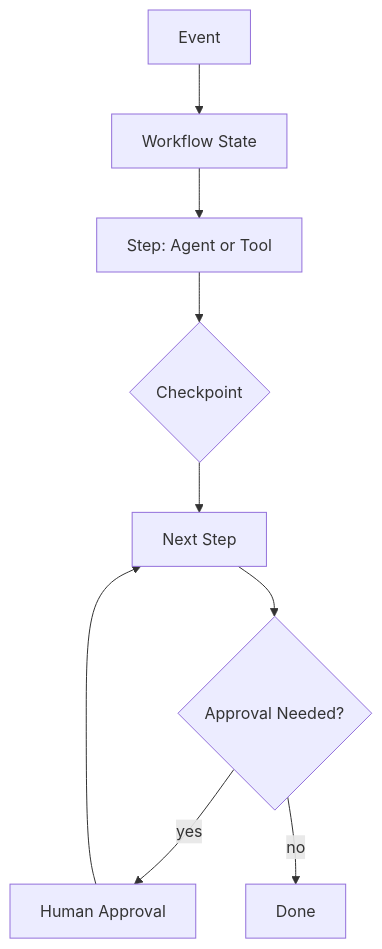
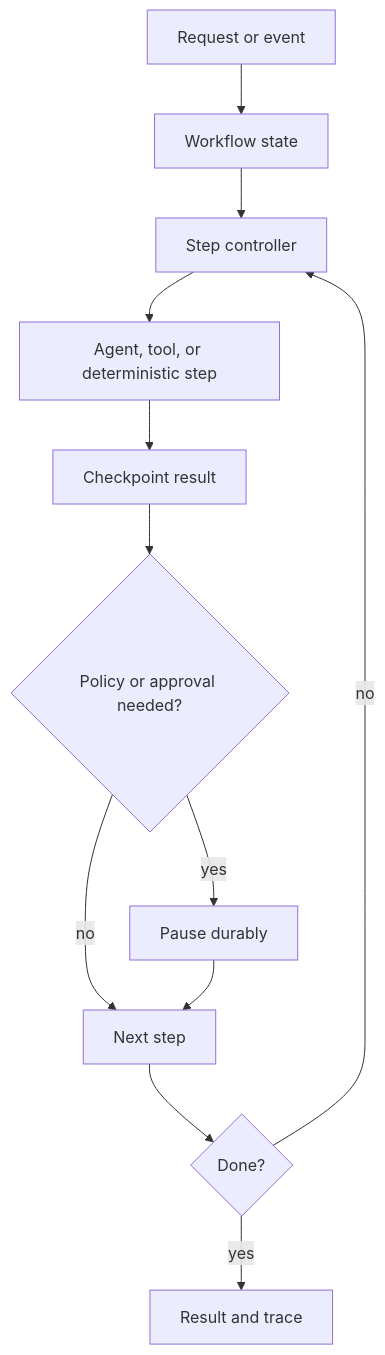
One commit to GTuritto/Agentic-Systems-Patterns changed the diagram in durable-workflow-pattern/README.md. Above: the diagram before and after it, drawn with Mermaid. The commit also changed other lines of this file and 1 other file, not shown here.

````diff
--- a/durable-workflow-pattern/README.md
+++ b/durable-workflow-pattern/README.md
@@ -21,11 +27,14 @@
 ```mermaid
 flowchart TD
-  E[Event] --> W[Workflow State]
-  W --> S1[Step: Agent or Tool]
-  S1 --> C{Checkpoint}
-  C --> S2[Next Step]
-  S2 --> H{Approval Needed?}
-  H -->|yes| A[Human Approval]
-  H -->|no| D[Done]
-  A --> S2
+  E[Request or event] --> W[Workflow state]
+  W --> S[Step controller]
+  S --> A[Agent, tool, or deterministic step]
+  A --> C[Checkpoint result]
+  C --> P{Policy or approval needed?}
+  P -->|yes| H[Pause durably]
+  P -->|no| N[Next step]
+  H --> N
+  N --> D{Done?}
+  D -->|no| S
+  D -->|yes| R[Result and trace]
 ```
````
